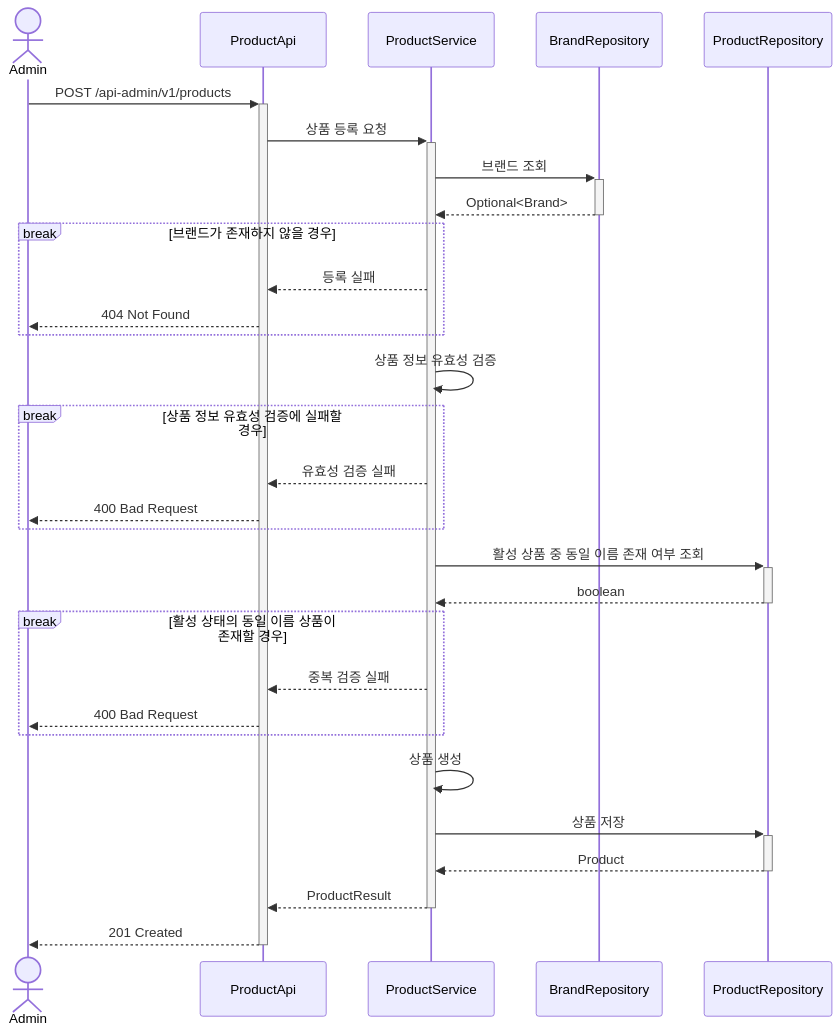
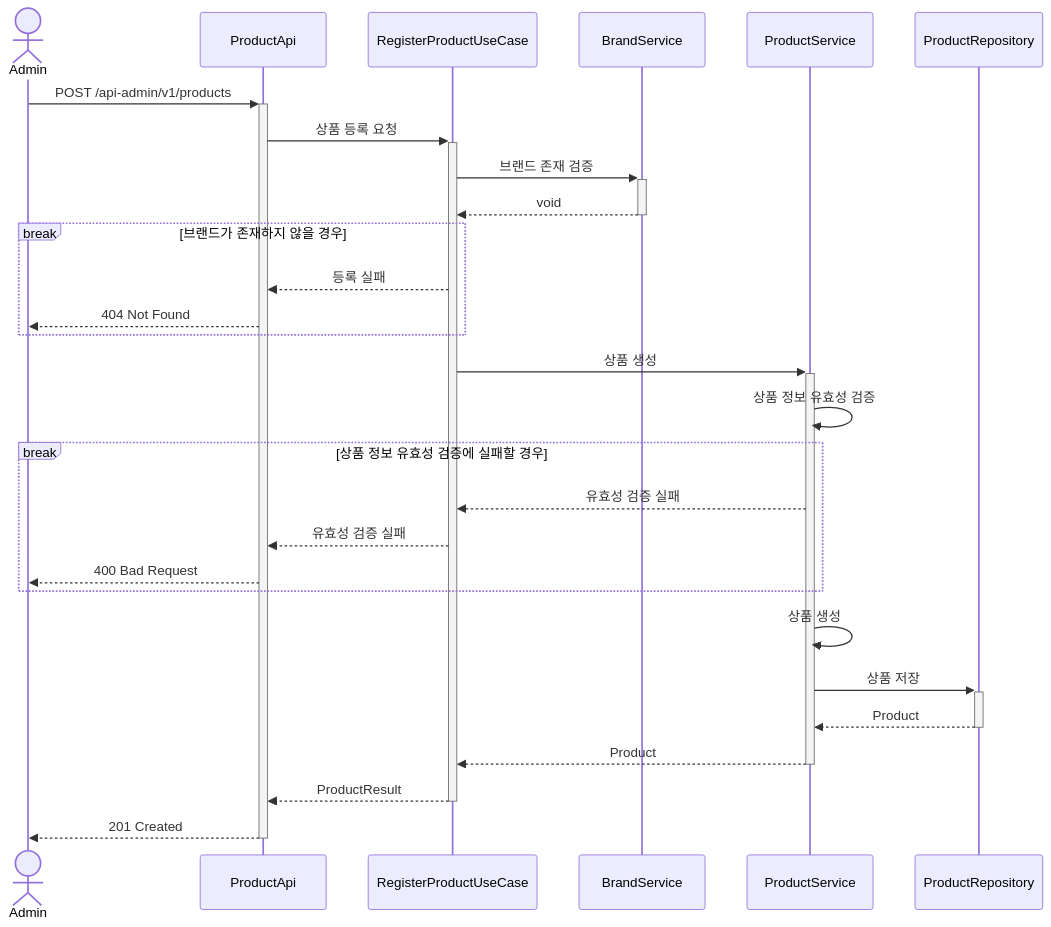
One commit to Loopers-dev-lab/loop-pack-be-l2-vol3-java changed the ninth of 23 diagrams in .docs/design/02-sequence-diagrams.md. Above: the diagram before and after it, drawn with Mermaid. The commit also changed other lines of this file and 143 other files, not shown here.

````diff
--- a/.docs/design/02-sequence-diagrams.md
+++ b/.docs/design/02-sequence-diagrams.md
@@ -303,40 +327,36 @@
 ```mermaid
 sequenceDiagram
     actor Admin
     participant ProductApi
+    participant RegisterProductUseCase
+    participant BrandService
     participant ProductService
-    participant BrandRepository
     participant ProductRepository
 
     Admin ->>+ ProductApi: POST /api-admin/v1/products
-    ProductApi ->>+ ProductService: 상품 등록 요청
+    ProductApi ->>+ RegisterProductUseCase: 상품 등록 요청
 
-    ProductService ->>+ BrandRepository: 브랜드 조회
-    BrandRepository -->>- ProductService: Optional<Brand>
+    RegisterProductUseCase ->>+ BrandService: 브랜드 존재 검증
+    BrandService -->>- RegisterProductUseCase: void
 
     break 브랜드가 존재하지 않을 경우
-        ProductService -->> ProductApi: 등록 실패
+        RegisterProductUseCase -->> ProductApi: 등록 실패
         ProductApi -->> Admin: 404 Not Found
     end
 
+    RegisterProductUseCase ->>+ ProductService: 상품 생성
     ProductService ->> ProductService: 상품 정보 유효성 검증
 
     break 상품 정보 유효성 검증에 실패할 경우
-        ProductService -->> ProductApi: 유효성 검증 실패
-        ProductApi -->> Admin: 400 Bad Request
-    end
-
-    ProductService ->>+ ProductRepository: 활성 상품 중 동일 이름 존재 여부 조회
-    ProductRepository -->>- ProductService: boolean
-
-    break 활성 상태의 동일 이름 상품이 존재할 경우
-        ProductService -->> ProductApi: 중복 검증 실패
+        ProductService -->> RegisterProductUseCase: 유효성 검증 실패
+        RegisterProductUseCase -->> ProductApi: 유효성 검증 실패
         ProductApi -->> Admin: 400 Bad Request
     end
 
     ProductService ->> ProductService: 상품 생성
     ProductService ->>+ ProductRepository: 상품 저장
     ProductRepository -->>- ProductService: Product
-    ProductService -->>- ProductApi: ProductResult
+    ProductService -->>- RegisterProductUseCase: Product
+    RegisterProductUseCase -->>- ProductApi: ProductResult
     ProductApi -->>- Admin: 201 Created
 ```
````
